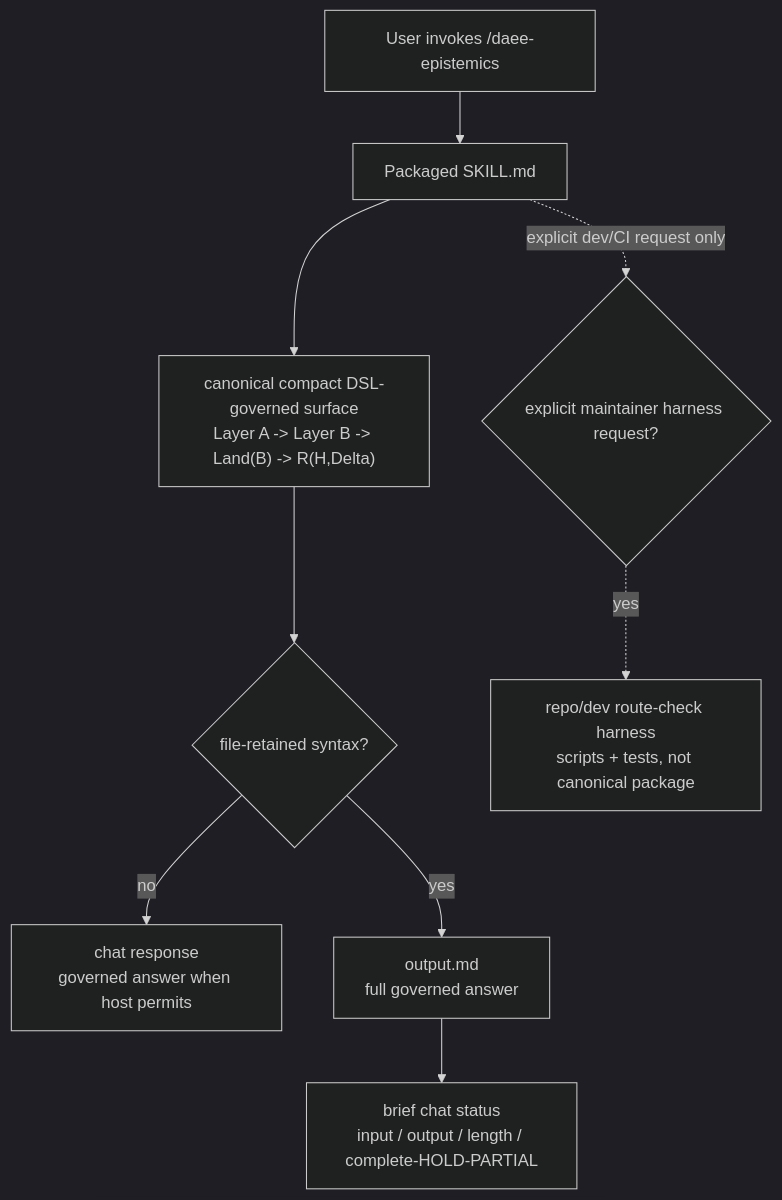
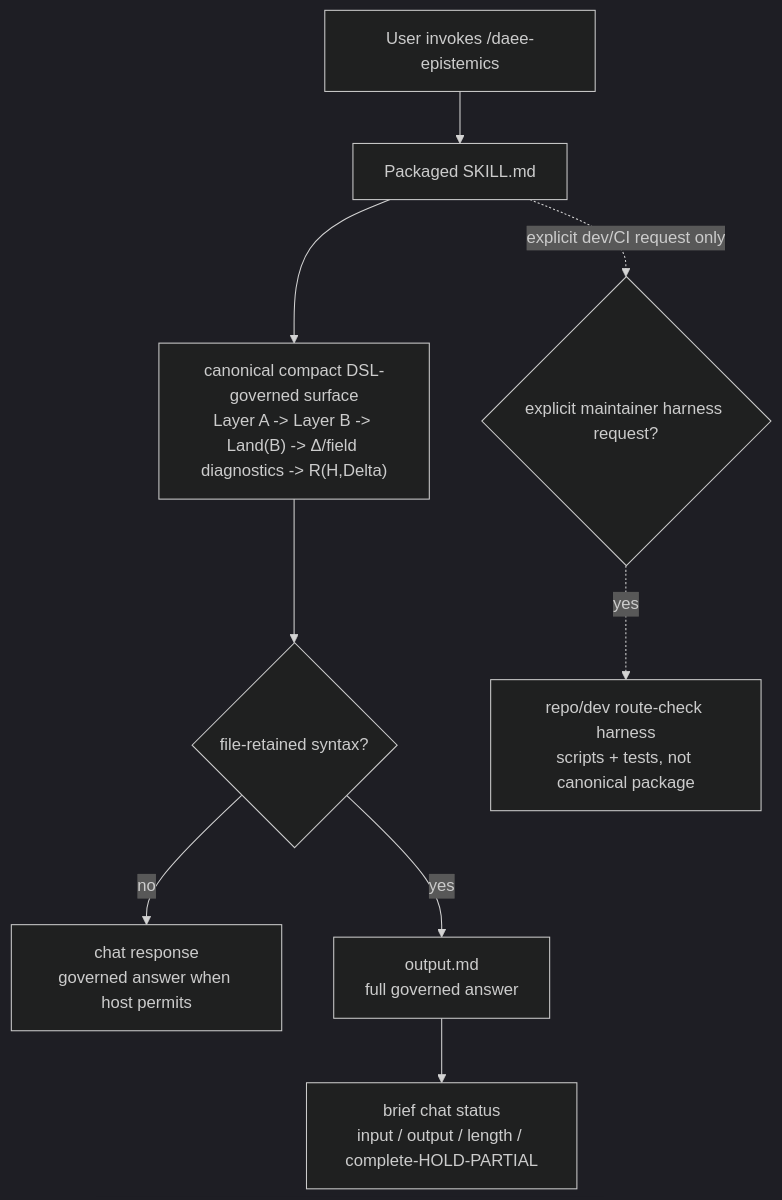
One commit to theislampill/daee-epistemics changed the second of 3 diagrams in README.md. Above: the diagram before and after it, drawn with Mermaid (dark theme). The commit also changed other lines of this file and 22 other files, not shown here.

Commit message:
v0.4.1.0: harden notation field diagnostics

````diff
--- a/README.md
+++ b/README.md
@@ -433,20 +466,20 @@
 ```mermaid
 flowchart TB
 
 USER["User invokes /daee-epistemics"]
 SKILL["Packaged SKILL.md"]
-CANONICAL["canonical compact DSL-governed surface<br/>Layer A -> Layer B -> Land(B) -> R(H,Delta)"]
+CANONICAL["canonical compact DSL-governed surface<br/>Layer A -> Layer B -> Land(B) -> Δ/field diagnostics -> R(H,Delta)"]
 FILEQ{"file-retained syntax?"}
 CHAT["chat response<br/>governed answer when host permits"]
 FILEOUT["output.md<br/>full governed answer"]
 STATUS["brief chat status<br/>input / output / length / complete-HOLD-PARTIAL"]
 DEVREQ{"explicit maintainer harness request?"}
 HARNESS["repo/dev route-check harness<br/>scripts + tests, not canonical package"]
 
 USER --> SKILL
 SKILL --> CANONICAL --> FILEQ
 FILEQ -->|no| CHAT
 FILEQ -->|yes| FILEOUT --> STATUS
 SKILL -. explicit dev/CI request only .-> DEVREQ
 DEVREQ -. yes .-> HARNESS
 ```
````
